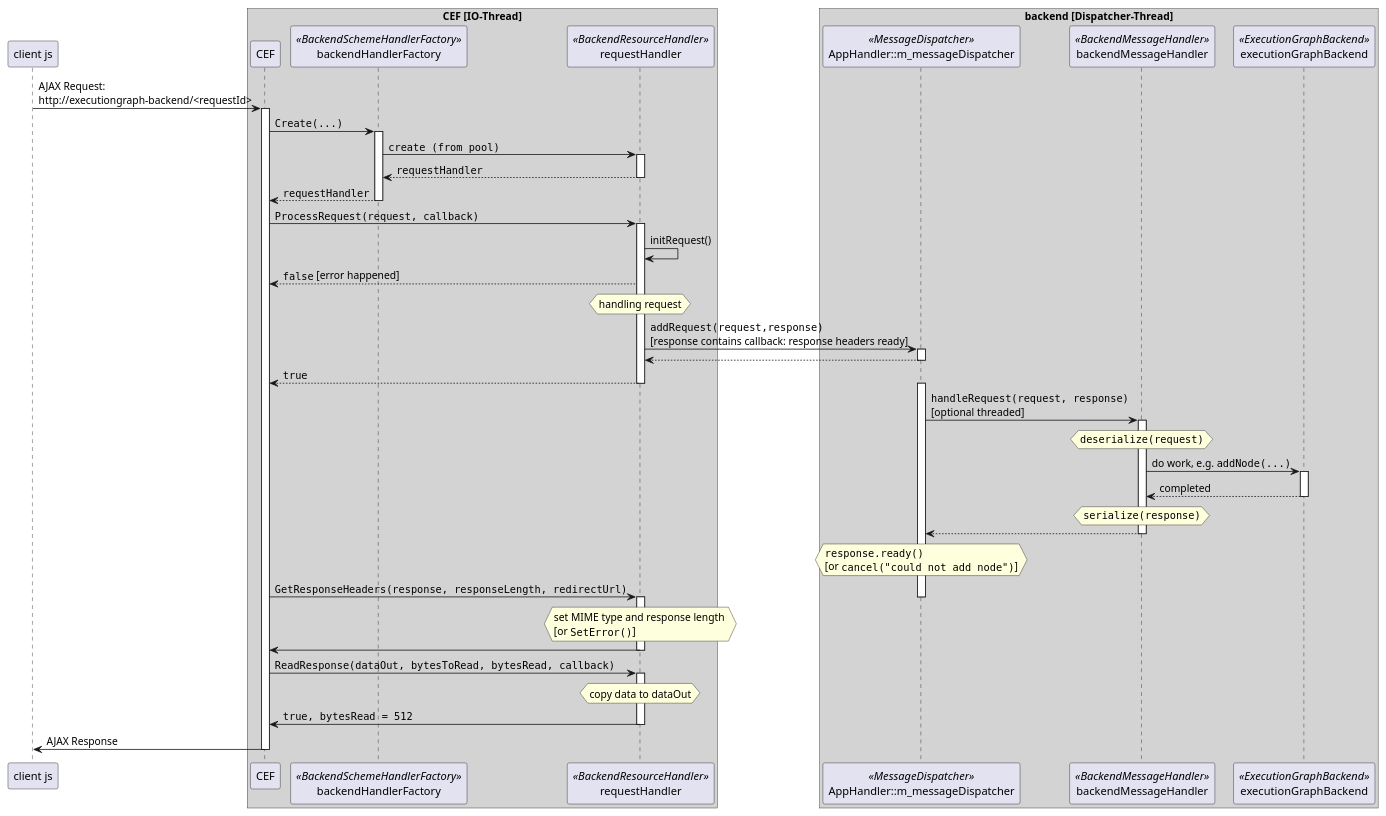
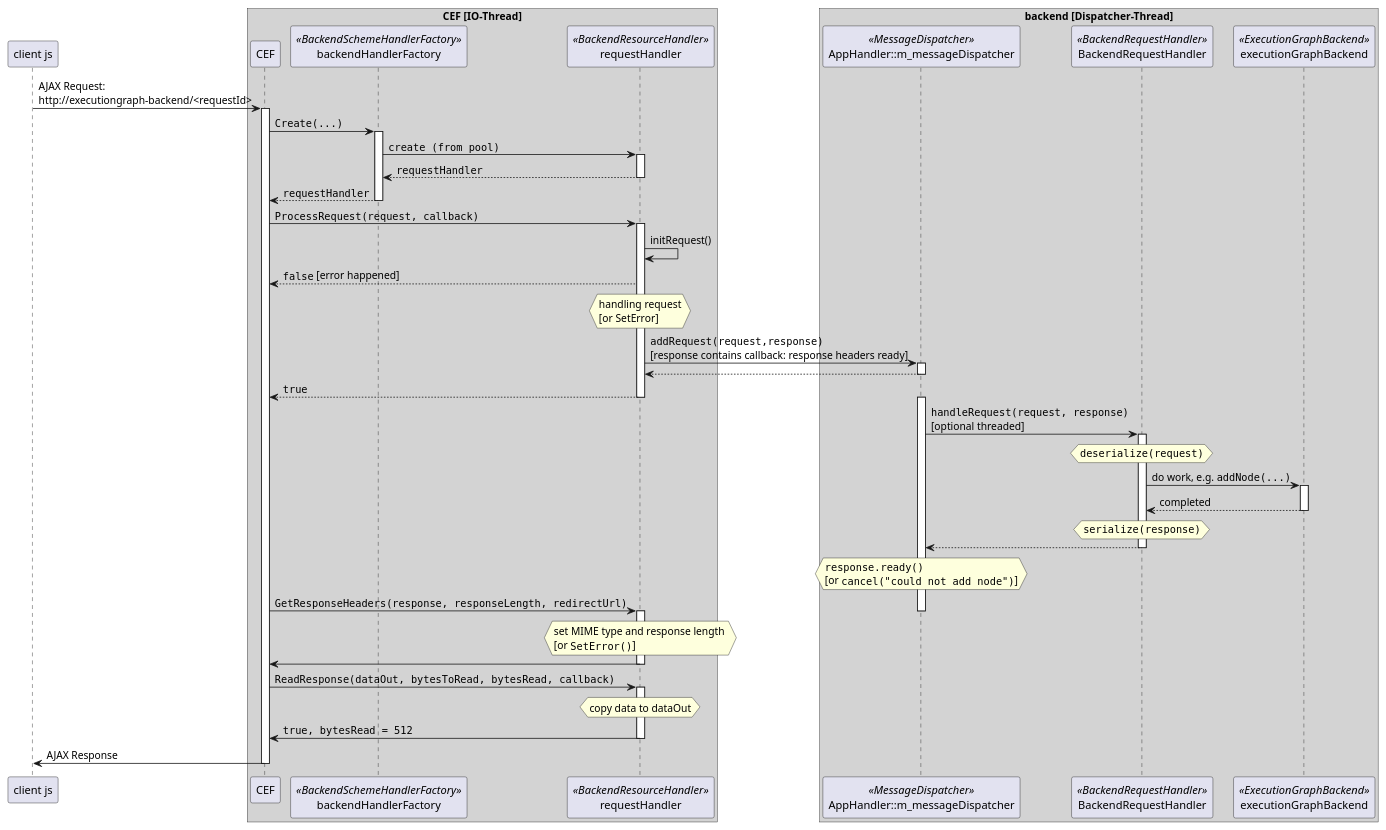
One commit to gabyx/ExecutionGraph changed the diagram in gui/specs/ajax-backend-comm.plantuml. Above: the diagram before and after it, drawn with PlantUML. The commit also changed 33 other files, not shown here.

Commit message:
Response and Request concepts improved

```diff
--- a/gui/specs/ajax-backend-comm.plantuml
+++ b/gui/specs/ajax-backend-comm.plantuml
@@ -1,70 +1,70 @@
 @startuml
 participant client as "client js"
 
 box "CEF [IO-Thread]" #LightGrey
 participant CEF
 
 participant backendHandlerFactory << BackendSchemeHandlerFactory >>
 participant requestHandler << BackendResourceHandler >>
 end box
 
 box "backend [Dispatcher-Thread]" #LightGrey
     participant messageDispatcher as "AppHandler::m_messageDispatcher" <<MessageDispatcher>>
-	participant backendMessageHandler <<BackendMessageHandler>>
+	participant BackendRequestHandler <<BackendRequestHandler>>
     participant executionGraphBackend <<ExecutionGraphBackend>>
 end box
 
 client -> CEF : AJAX Request:\nhttp://executiongraph-backend/<requestId>
 activate CEF
 
     CEF -> backendHandlerFactory : ""Create(...)"" 
     activate backendHandlerFactory
         backendHandlerFactory -> requestHandler : ""create (from pool)""
         activate requestHandler
         backendHandlerFactory <-- requestHandler : ""requestHandler""
         deactivate requestHandler
         CEF <-- backendHandlerFactory : ""requestHandler""
     deactivate backendHandlerFactory
 
     CEF -> requestHandler : ""ProcessRequest(request, callback)""
     activate requestHandler
         requestHandler -> requestHandler : initRequest()
         CEF <-- requestHandler : ""false"" [error happened]
-        hnote over requestHandler : handling request
+        hnote over requestHandler : handling request\n[or SetError]
         requestHandler -> messageDispatcher : ""addRequest(request,response)""\n[response contains callback: response headers ready]
         activate messageDispatcher
         requestHandler <-- messageDispatcher :
         deactivate messageDispatcher
         CEF <-- requestHandler : ""true""
     deactivate requestHandler
 
     
     activate messageDispatcher
-        messageDispatcher -> backendMessageHandler : ""handleRequest(request, response)""\n[optional threaded]
-        activate backendMessageHandler
-            hnote over backendMessageHandler: ""deserialize(request)""
-            backendMessageHandler -> executionGraphBackend : do work, e.g. ""addNode(...)""
+        messageDispatcher -> BackendRequestHandler : ""handleRequest(request, response)""\n[optional threaded]
+        activate BackendRequestHandler
+            hnote over BackendRequestHandler: ""deserialize(request)""
+            BackendRequestHandler -> executionGraphBackend : do work, e.g. ""addNode(...)""
             activate executionGraphBackend
-                backendMessageHandler <-- executionGraphBackend : completed
+                BackendRequestHandler <-- executionGraphBackend : completed
             deactivate executionGraphBackend
-            hnote over backendMessageHandler: ""serialize(response)""
-            messageDispatcher <-- backendMessageHandler
-        deactivate backendMessageHandler
+            hnote over BackendRequestHandler: ""serialize(response)""
+            messageDispatcher <-- BackendRequestHandler
+        deactivate BackendRequestHandler
     hnote over messageDispatcher: ""response.ready()""\n[or ""cancel("could not add node")""]
 
     CEF -> requestHandler : ""GetResponseHeaders(response, responseLength, redirectUrl)""
     deactivate messageDispatcher 
     activate requestHandler
         hnote over requestHandler: set MIME type and response length \n[or ""SetError()""]
         CEF <- requestHandler
     deactivate requestHandler
 
     CEF -> requestHandler : ""ReadResponse(dataOut, bytesToRead, bytesRead, callback)""
     activate requestHandler
         hnote over requestHandler: copy data to dataOut
         CEF <- requestHandler : ""true, bytesRead = 512""
     deactivate requestHandler
 
     CEF -> client : AJAX Response
 deactivate CEF
 @enduml
```
